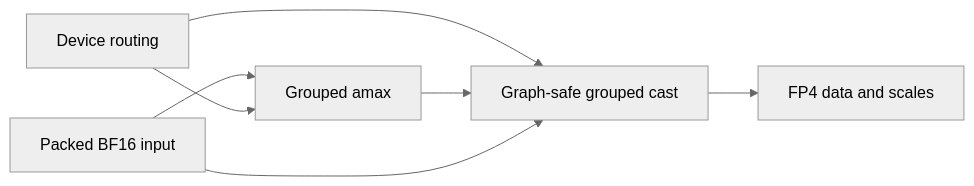
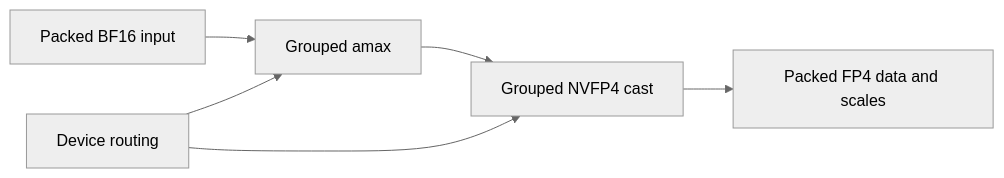
The diagram in knowledge/projects/transformer-engine/knowledgebase/upstream/prs/NVIDIA--TransformerEngine/PR-3649.md (yuguo-Jack/HCU-TrainFlow), drawn with Mermaid before and after one commit. The commit also changed other lines of this file and 42044 other files, not shown here.

````diff
--- a/knowledge/projects/transformer-engine/knowledgebase/upstream/prs/NVIDIA--TransformerEngine/PR-3649.md
+++ b/knowledge/projects/transformer-engine/knowledgebase/upstream/prs/NVIDIA--TransformerEngine/PR-3649.md
@@ -90,10 +152,9 @@
 ```mermaid
 %%{init: {'theme': 'neutral'}}%%
 flowchart LR
   A[Packed BF16 input] --> B[Grouped amax]
   R[Device routing] --> B
-  R --> C[Graph-safe grouped cast]
-  B --> C
-  A --> C
-  C --> D[FP4 data and scales]
+  B --> C[Grouped NVFP4 cast]
+  R --> C
+  C --> D[Packed FP4 data and scales]
 ```
````
